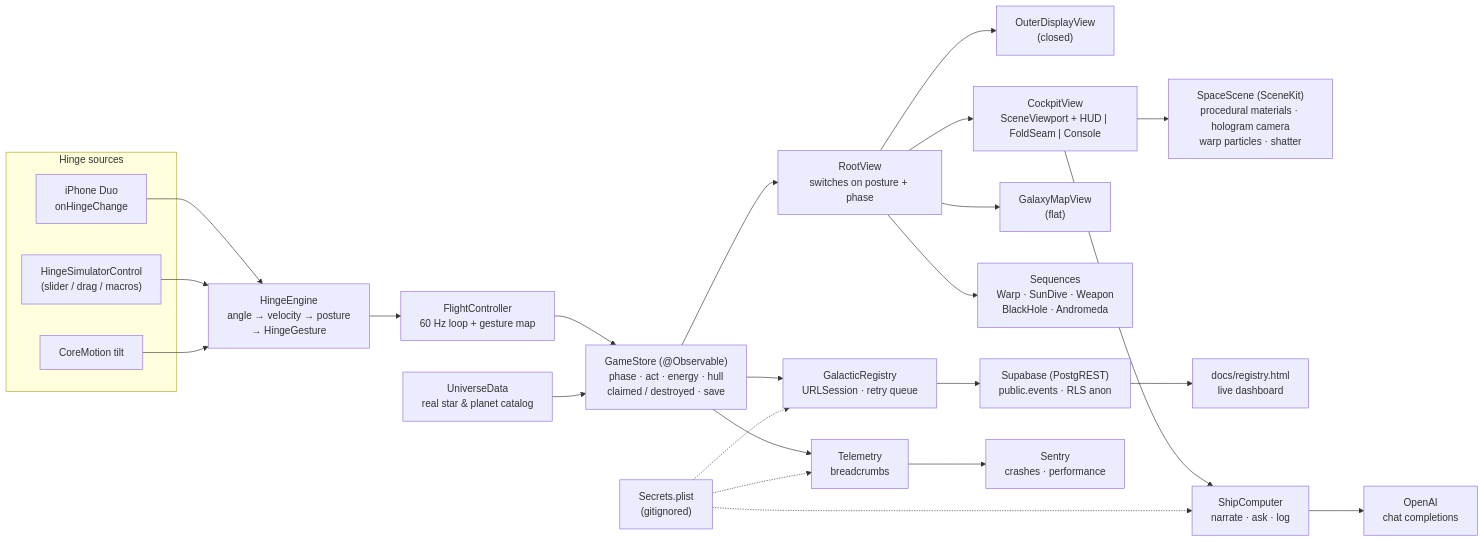
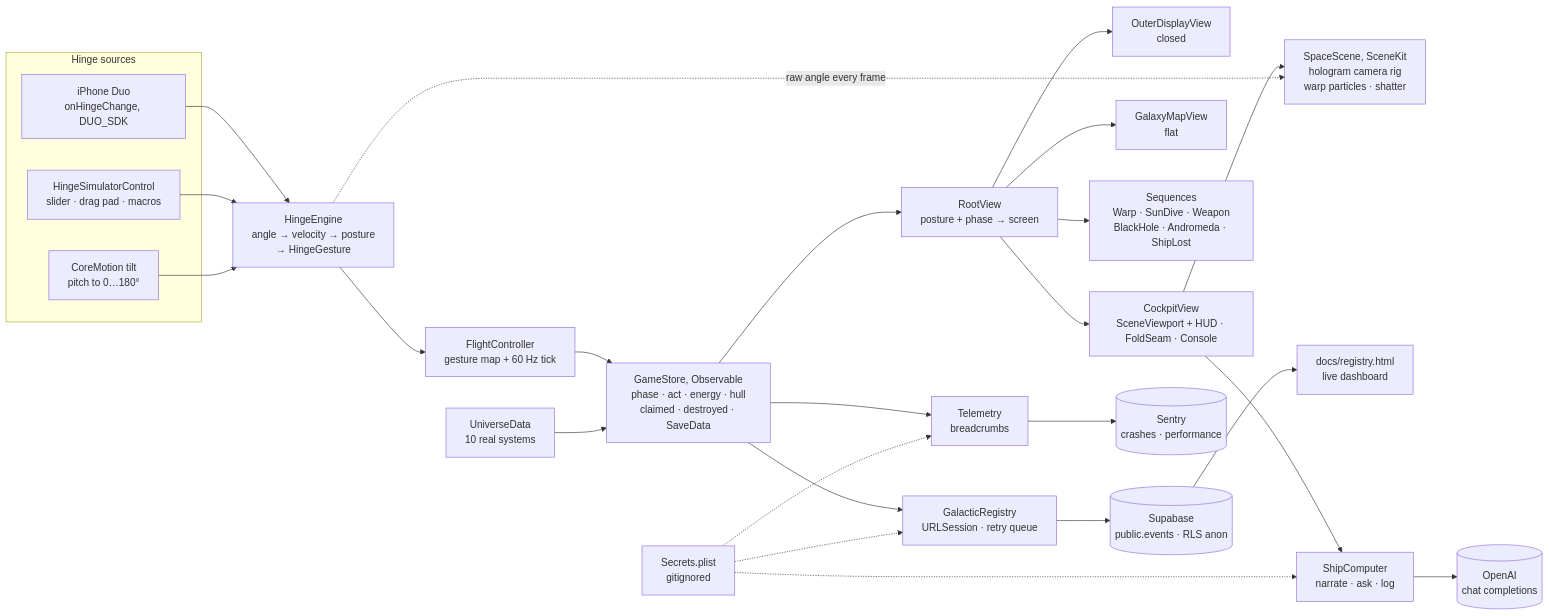
The first of 6 diagrams in README.md (vnmoorthy/foldspace), drawn with Mermaid before and after one commit. The commit also changed other lines of this file and 6 other files, not shown here.

First line of the commit message:
README overhaul: cinematic landing, black-hole loop, worlds strip, quick start, FAQ

````diff
--- a/README.md
+++ b/README.md
@@ -160,27 +273,28 @@
 ```mermaid
 flowchart LR
     subgraph Input["Hinge sources"]
-        DUO["iPhone Duo\nonHingeChange"]
-        SIM["HingeSimulatorControl\n(slider / drag / macros)"]
-        MOT["CoreMotion tilt"]
+        DUO["iPhone Duo<br/>onHingeChange, DUO_SDK"]
+        SIM["HingeSimulatorControl<br/>slider · drag pad · macros"]
+        MOT["CoreMotion tilt<br/>pitch to 0…180°"]
     end
     DUO --> HE
     SIM --> HE
     MOT --> HE
-    HE["HingeEngine\nangle → velocity → posture\n→ HingeGesture"] --> FC["FlightController\n60 Hz loop + gesture map"]
-    FC --> GS["GameStore (@Observable)\nphase · act · energy · hull\nclaimed / destroyed · save"]
-    GS --> RV["RootView\nswitches on posture + phase"]
-    RV --> OD["OuterDisplayView\n(closed)"]
-    RV --> CK["CockpitView\nSceneViewport + HUD | FoldSeam | Console"]
-    RV --> GM["GalaxyMapView\n(flat)"]
-    RV --> SQ["Sequences\nWarp · SunDive · Weapon\nBlackHole · Andromeda"]
-    CK --> SC["SpaceScene (SceneKit)\nprocedural materials · hologram camera\nwarp particles · shatter"]
-    GS --> GR["GalacticRegistry\nURLSession · retry queue"] --> SB["Supabase (PostgREST)\npublic.events · RLS anon"]
-    SB --> DASH["docs/registry.html\nlive dashboard"]
-    CK --> SHIP["ShipComputer\nnarrate · ask · log"] --> OAI["OpenAI\nchat completions"]
-    GS --> TM["Telemetry\nbreadcrumbs"] --> SEN["Sentry\ncrashes · performance"]
-    SEC["Secrets.plist\n(gitignored)"] -.-> GR
+    HE["HingeEngine<br/>angle → velocity → posture<br/>→ HingeGesture"] --> FC["FlightController<br/>gesture map + 60 Hz tick"]
+    FC --> GS["GameStore, Observable<br/>phase · act · energy · hull<br/>claimed · destroyed · SaveData"]
+    UD["UniverseData<br/>10 real systems"] --> GS
+    GS --> RV["RootView<br/>posture + phase → screen"]
+    RV --> OD["OuterDisplayView<br/>closed"]
+    RV --> CK["CockpitView<br/>SceneViewport + HUD · FoldSeam · Console"]
+    RV --> GM["GalaxyMapView<br/>flat"]
+    RV --> SQ["Sequences<br/>Warp · SunDive · Weapon<br/>BlackHole · Andromeda · ShipLost"]
+    CK --> SC["SpaceScene, SceneKit<br/>hologram camera rig<br/>warp particles · shatter"]
+    HE -. "raw angle every frame" .-> SC
+    GS --> GR["GalacticRegistry<br/>URLSession · retry queue"] --> SB[("Supabase<br/>public.events · RLS anon")]
+    SB --> DASH["docs/registry.html<br/>live dashboard"]
+    CK --> SHIP["ShipComputer<br/>narrate · ask · log"] --> OAI[("OpenAI<br/>chat completions")]
+    GS --> TM["Telemetry<br/>breadcrumbs"] --> SEN[("Sentry<br/>crashes · performance")]
+    SEC["Secrets.plist<br/>gitignored"] -.-> GR
     SEC -.-> SHIP
     SEC -.-> TM
-    UD["UniverseData\nreal star & planet catalog"] --> GS
 ```
````
